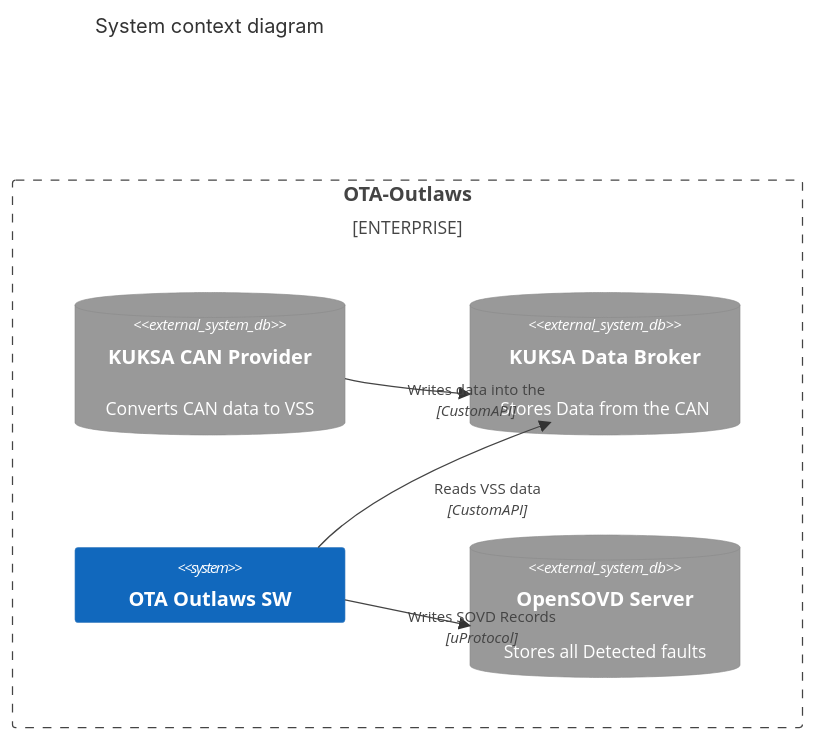
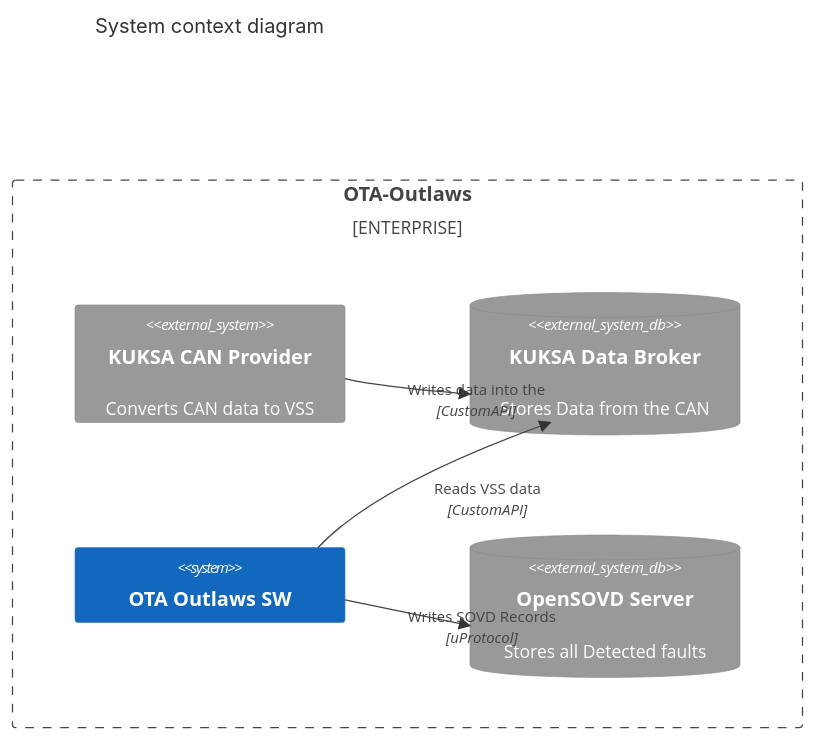
Before and after one commit to Eclipse-SDV-Hackathon-Chapter-Four/ota-outlaws: the first of 3 diagrams in docs/reference/architecture.md, drawn with Mermaid. The commit also changed other lines of this file, not shown here.

Commit message:
Update architecture

````diff
--- a/docs/reference/architecture.md
+++ b/docs/reference/architecture.md
@@ -3,18 +3,18 @@
 ```mermaid
  C4Context
       title System context diagram
       Enterprise_Boundary(b0, "OTA-Outlaws") {
-        SystemDb_Ext(KUKSACanProvider, "KUKSA CAN Provider", "Converts CAN data to VSS")
+        System_Ext(KUKSACanProvider, "KUKSA CAN Provider", "Converts CAN data to VSS")
 
         SystemDb_Ext(KUKSADataBroker, "KUKSA Data Broker", "Stores Data from the CAN")
 
         System(OTAOutlawsSW, "OTA Outlaws SW")
 
         SystemDb_Ext(OpenSOVDServer, "OpenSOVD Server", "Stores all Detected faults")
       }
 
       Rel(OTAOutlawsSW, OpenSOVDServer, "Writes SOVD Records", "uProtocol")
 
       Rel(OTAOutlawsSW, KUKSADataBroker, "Reads VSS data", "CustomAPI")
       Rel(KUKSACanProvider, KUKSADataBroker, "Writes data into the ", "CustomAPI")
 ```
````
